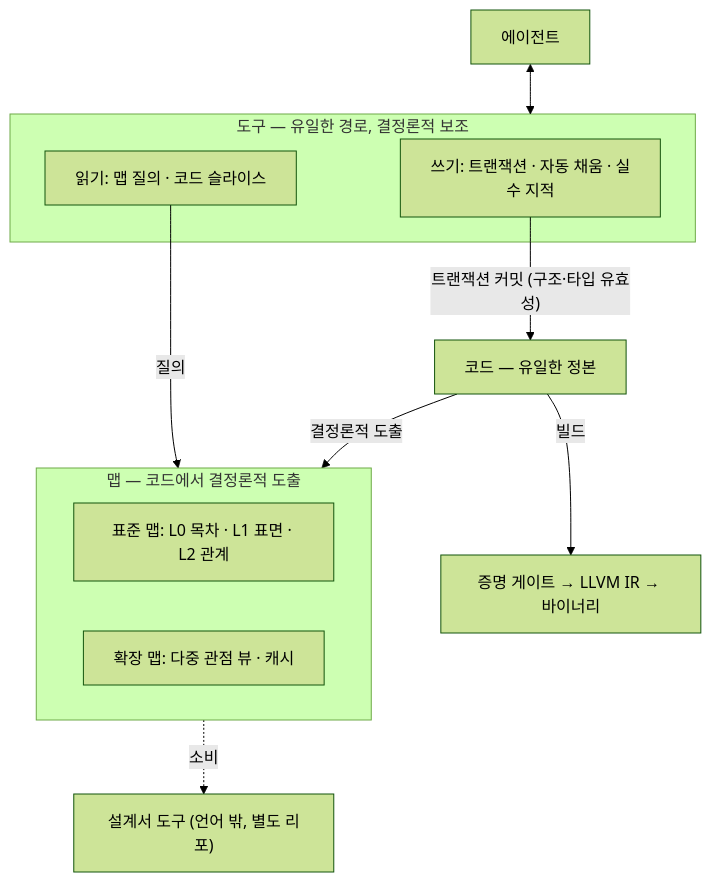
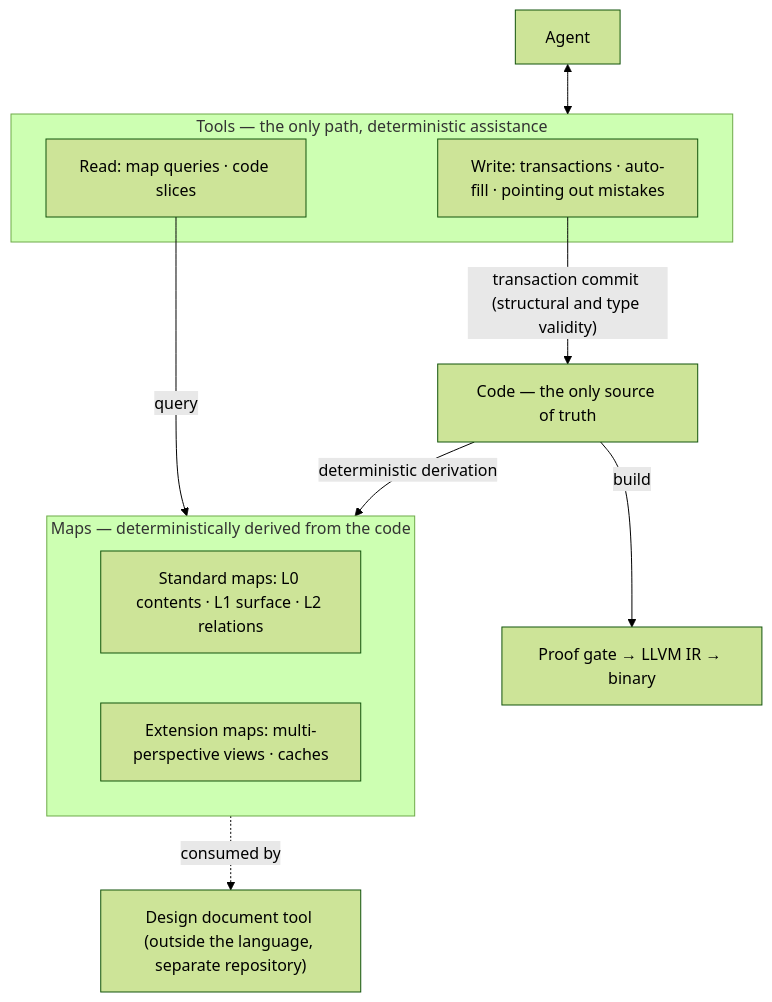
The diagram in docs/DESIGN.md (lang-bmb/lang-bmb), drawn with Mermaid (forest theme) before and after one commit. The commit also changed other lines of this file and 2 other files, not shown here.

````diff
--- a/docs/DESIGN.md
+++ b/docs/DESIGN.md
@@ -161,17 +161,17 @@
 ```mermaid
 flowchart TB
-    A["에이전트"] <--> T
-    subgraph T["도구 — 유일한 경로, 결정론적 보조"]
-        W["쓰기: 트랜잭션 · 자동 채움 · 실수 지적"]
-        R["읽기: 맵 질의 · 코드 슬라이스"]
+    A["Agent"] <--> T
+    subgraph T["Tools — the only path, deterministic assistance"]
+        W["Write: transactions · auto-fill · pointing out mistakes"]
+        R["Read: map queries · code slices"]
     end
-    R -->|질의| M
-    subgraph M["맵 — 코드에서 결정론적 도출"]
-        S["표준 맵: L0 목차 · L1 표면 · L2 관계"]
-        X["확장 맵: 다중 관점 뷰 · 캐시"]
+    R -->|query| M
+    subgraph M["Maps — deterministically derived from the code"]
+        S["Standard maps: L0 contents · L1 surface · L2 relations"]
+        X["Extension maps: multi-perspective views · caches"]
     end
-    W -->|"트랜잭션 커밋 (구조·타입 유효성)"| C["코드 — 유일한 정본"]
-    C -->|결정론적 도출| M
-    C -->|빌드| G["증명 게이트 → LLVM IR → 바이너리"]
-    M -.->|소비| D["설계서 도구 (언어 밖, 별도 리포)"]
+    W -->|"transaction commit (structural and type validity)"| C["Code — the only source of truth"]
+    C -->|deterministic derivation| M
+    C -->|build| G["Proof gate → LLVM IR → binary"]
+    M -.->|consumed by| D["Design document tool (outside the language, separate repository)"]
 ```
````
